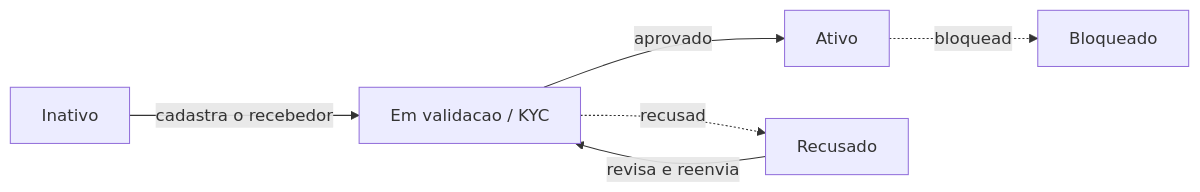
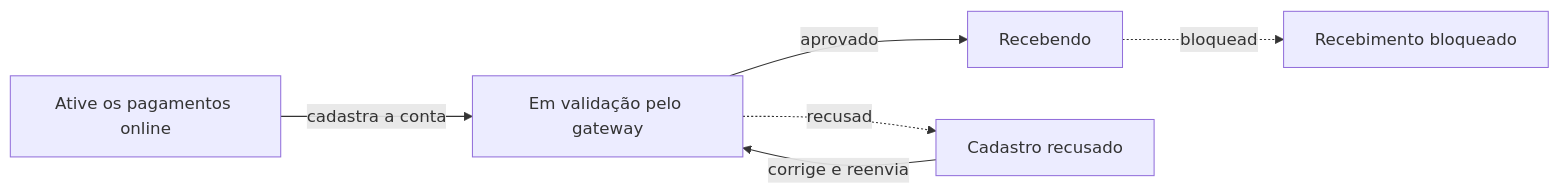
Before and after one commit to LocFlowTeam/locflow-docs: the fourth of 4 diagrams in cobranca/pagamento-online.md, drawn with Mermaid. The commit also changed other lines of this file and 18 other files, not shown here.

````diff
--- a/cobranca/pagamento-online.md
+++ b/cobranca/pagamento-online.md
@@ -202,8 +206,8 @@
 ```mermaid
 flowchart LR
-    I[Inativo] -->|cadastra o recebedor| V[Em validacao / KYC]
-    V -->|aprovado| A[Ativo]
-    V -.recusado.-> R[Recusado]
-    R -->|revisa e reenvia| V
-    A -.bloqueado.-> B[Bloqueado]
+    I[Ative os pagamentos online] -->|cadastra a conta| V[Em validação pelo gateway]
+    V -->|aprovado| A[Recebendo]
+    V -.recusado.-> R[Cadastro recusado]
+    R -->|corrige e reenvia| V
+    A -.bloqueado.-> B[Recebimento bloqueado]
 ```
````
